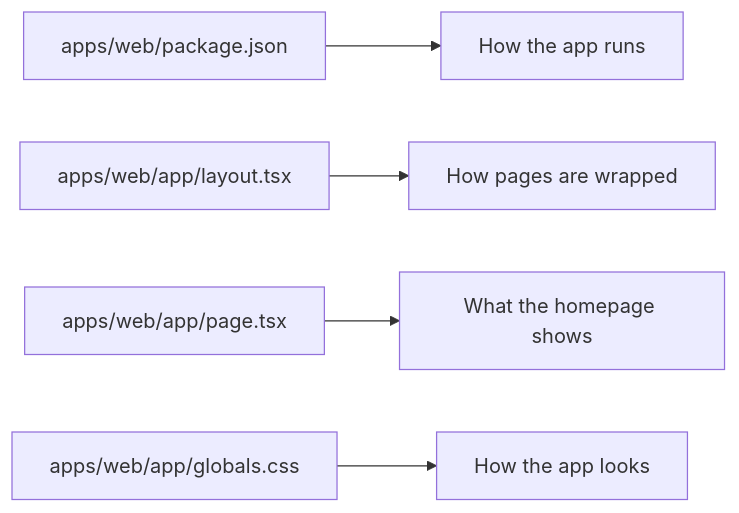
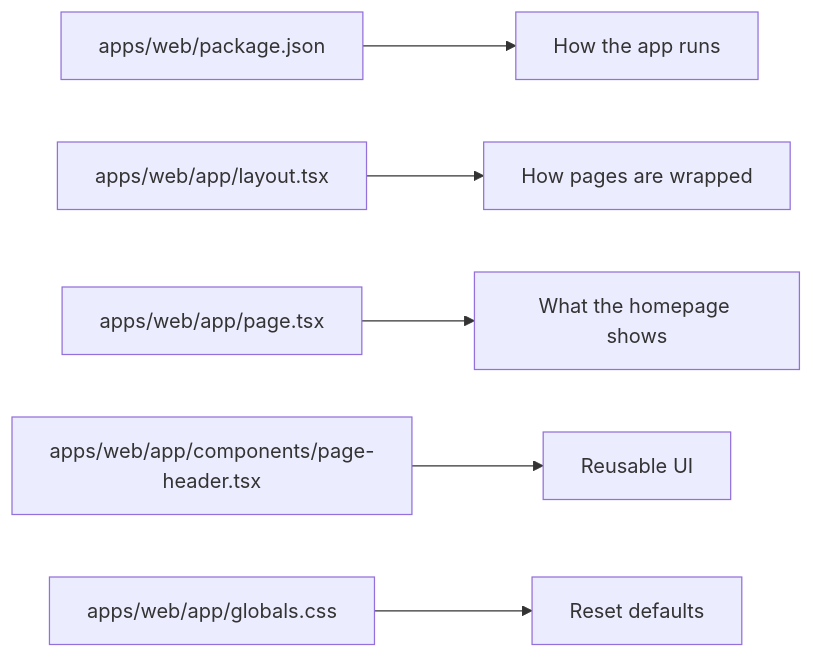
The second of 2 diagrams in docs/web/overview.md (matthewlovestocode/designated), drawn with Mermaid before and after one commit. The commit also changed other lines of this file and 4 other files, not shown here.

Commit message:
Expand web app documentation

````diff
--- a/docs/web/overview.md
+++ b/docs/web/overview.md
@@ -71,7 +75,8 @@
 ```mermaid
 flowchart LR
     A["apps/web/package.json"] --> B["How the app runs"]
     C["apps/web/app/layout.tsx"] --> D["How pages are wrapped"]
     E["apps/web/app/page.tsx"] --> F["What the homepage shows"]
-    G["apps/web/app/globals.css"] --> H["How the app looks"]
+    G["apps/web/app/components/page-header.tsx"] --> H["Reusable UI"]
+    I["apps/web/app/globals.css"] --> J["Reset defaults"]
 ```
````
